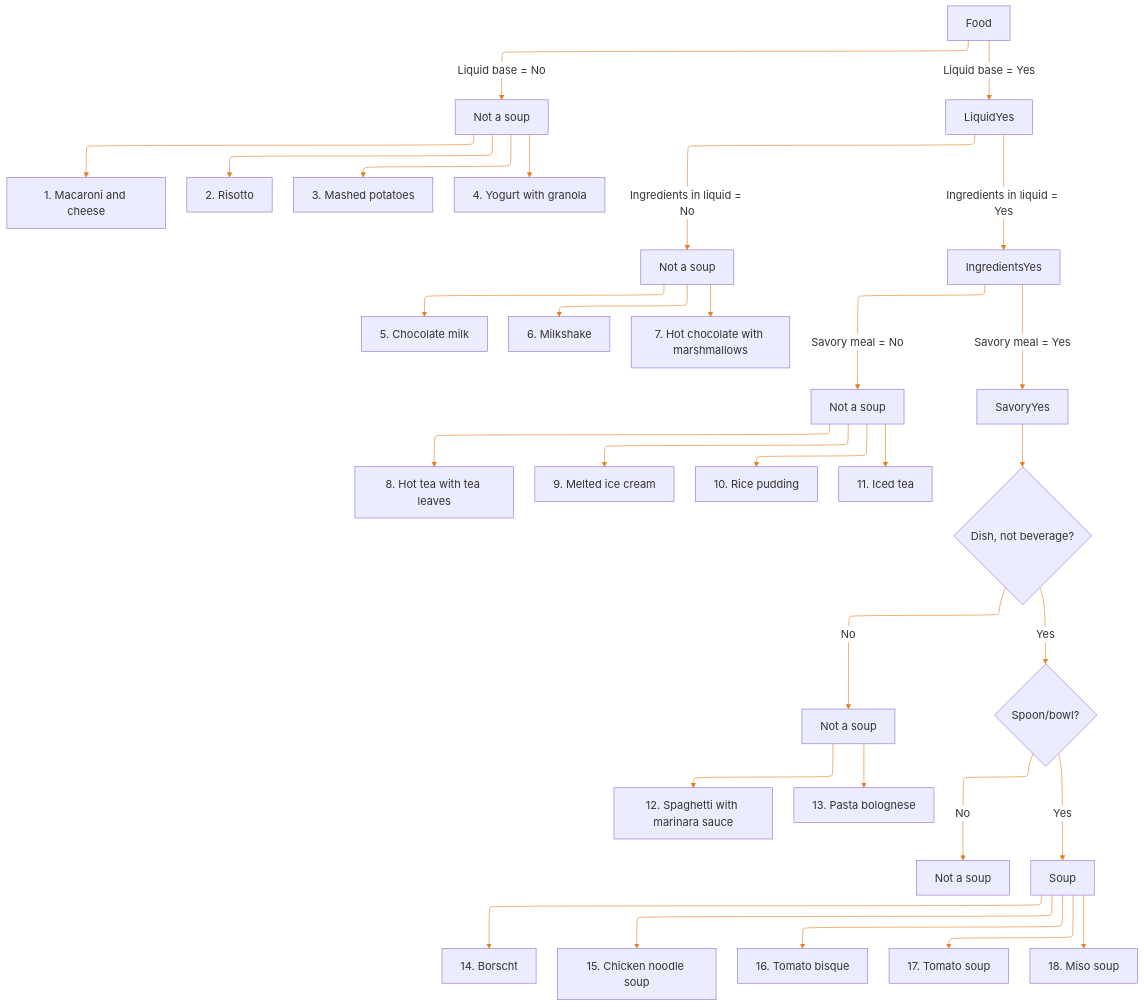
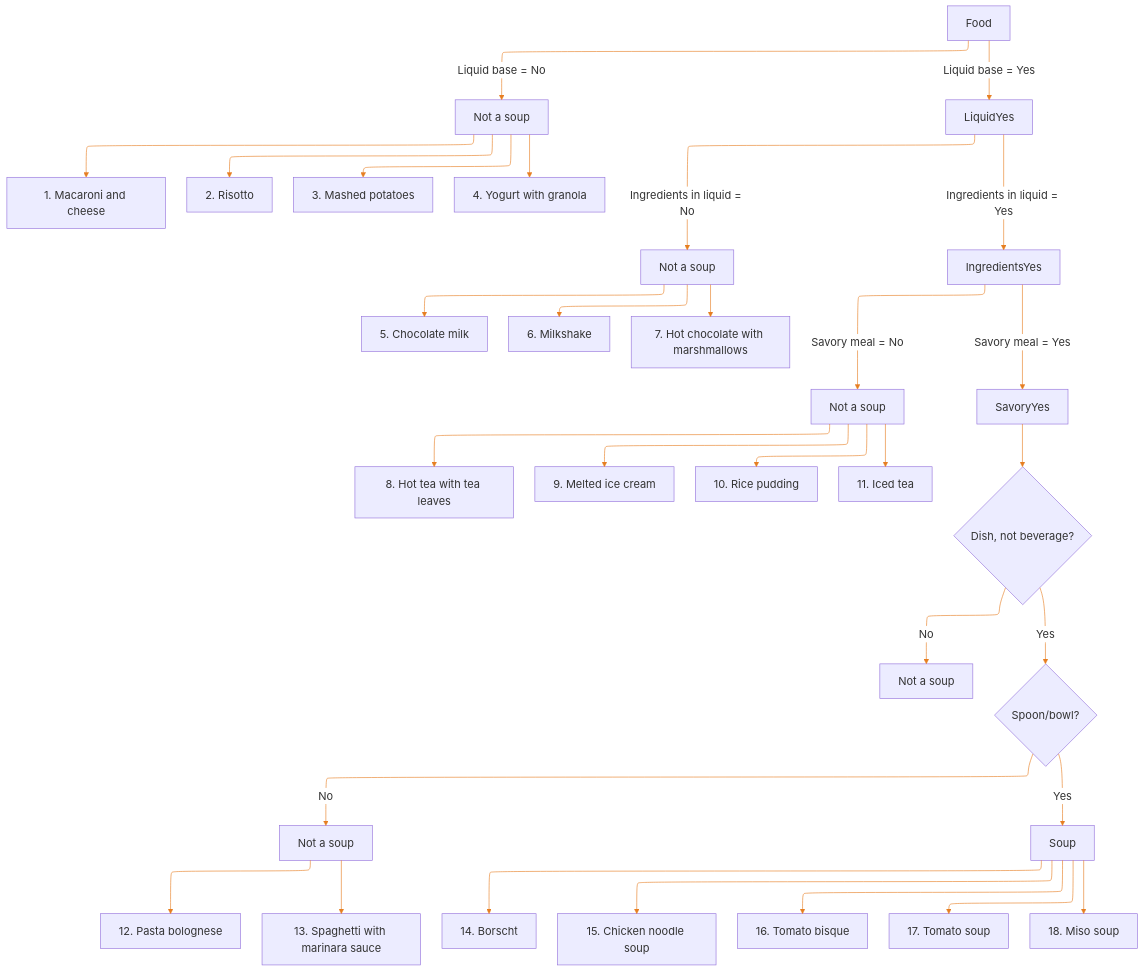
One commit to Asif-Rasool/mermaid changed the diagram in Projects/Project 1.mmd. Above: the diagram before and after it, drawn with Mermaid. The commit also changed 2 other files, not shown here.

```diff
--- a/Projects/Project 1.mmd
+++ b/Projects/Project 1.mmd
@@ -1,42 +1,42 @@
 %%{init: { "flowchart": { "curve": "basis", "rankSpacing": 70, "nodeSpacing": 60, "defaultRenderer": "elk" }, "themeVariables": { "fontSize": "18px", "fontFamily": "Arial", "primaryColor": "#f7f7f7", "primaryBorderColor": "#2c3e50", "lineColor": "#e67e22", "edgeLabelBackground": "#ffffff" } }}%%
 flowchart TD
     Food["Food"]
 
     Food -->|Liquid base = No| LiquidNo["Not a soup"]
     LiquidNo --> N1["1. Macaroni and cheese"]
     LiquidNo --> N2["2. Risotto"]
     LiquidNo --> N3["3. Mashed potatoes"]
     LiquidNo --> N4["4. Yogurt with granola"]
 
     Food -->|Liquid base = Yes| LiquidYes
 
     LiquidYes -->|Ingredients in liquid = No| IngredientsNo
     IngredientsNo["Not a soup"] --> N5["5. Chocolate milk"]
     IngredientsNo --> N6["6. Milkshake"]
     IngredientsNo --> N7["7. Hot chocolate with marshmallows"]
 
     LiquidYes -->|Ingredients in liquid = Yes| IngredientsYes
 
     IngredientsYes -->|Savory meal = No| SavoryNo
     SavoryNo["Not a soup"] --> N8["8. Hot tea with tea leaves"]
     SavoryNo --> N9["9. Melted ice cream"]
     SavoryNo --> N10["10. Rice pudding"]
     SavoryNo --> N11["11. Iced tea"]
 
     IngredientsYes -->|Savory meal = Yes| SavoryYes
 
     SavoryYes --> DishQuestion{Dish, not beverage?}
 
     DishQuestion -->|No| NotSoupDish["Not a soup"]
-    NotSoupDish --> N12["12. Spaghetti with marinara sauce"]
-    NotSoupDish --> N13["13. Pasta bolognese"]
-
+   
     DishQuestion -->|Yes| SpoonQuestion{Spoon/bowl?}
     SpoonQuestion -->|No| NotSoupSpoon["Not a soup"]
+    NotSoupSpoon --> N12["12. Pasta bolognese"]
+    NotSoupSpoon --> N13["13. Spaghetti with marinara sauce"]
 
     SpoonQuestion -->|Yes| Soup["Soup"]
     Soup --> N14["14. Borscht"]
     Soup --> N15["15. Chicken noodle soup"]
     Soup --> N16["16. Tomato bisque"]
     Soup --> N17["17. Tomato soup"]
     Soup --> N18["18. Miso soup"]
```
